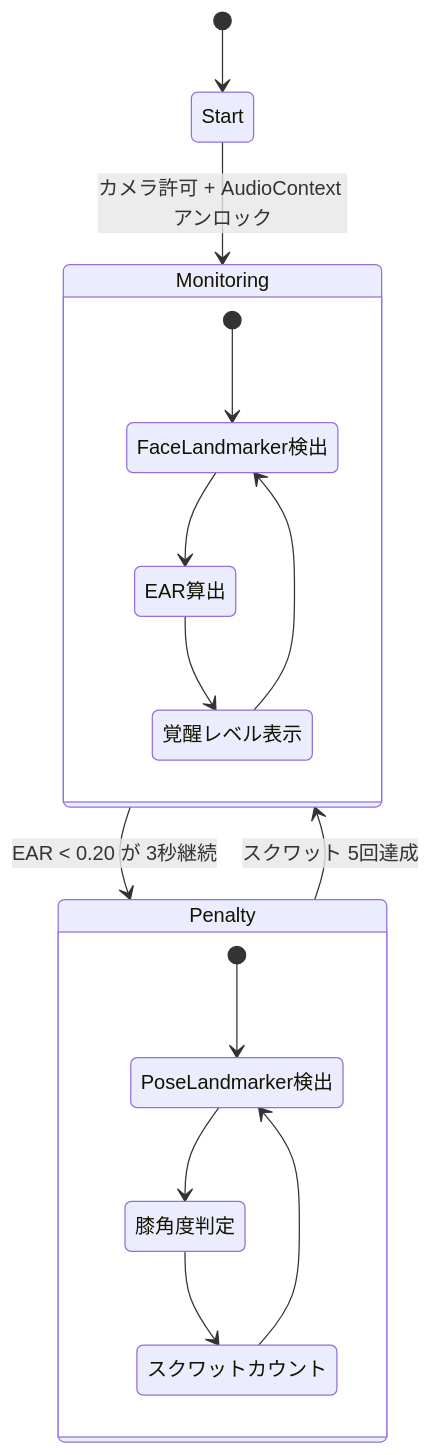
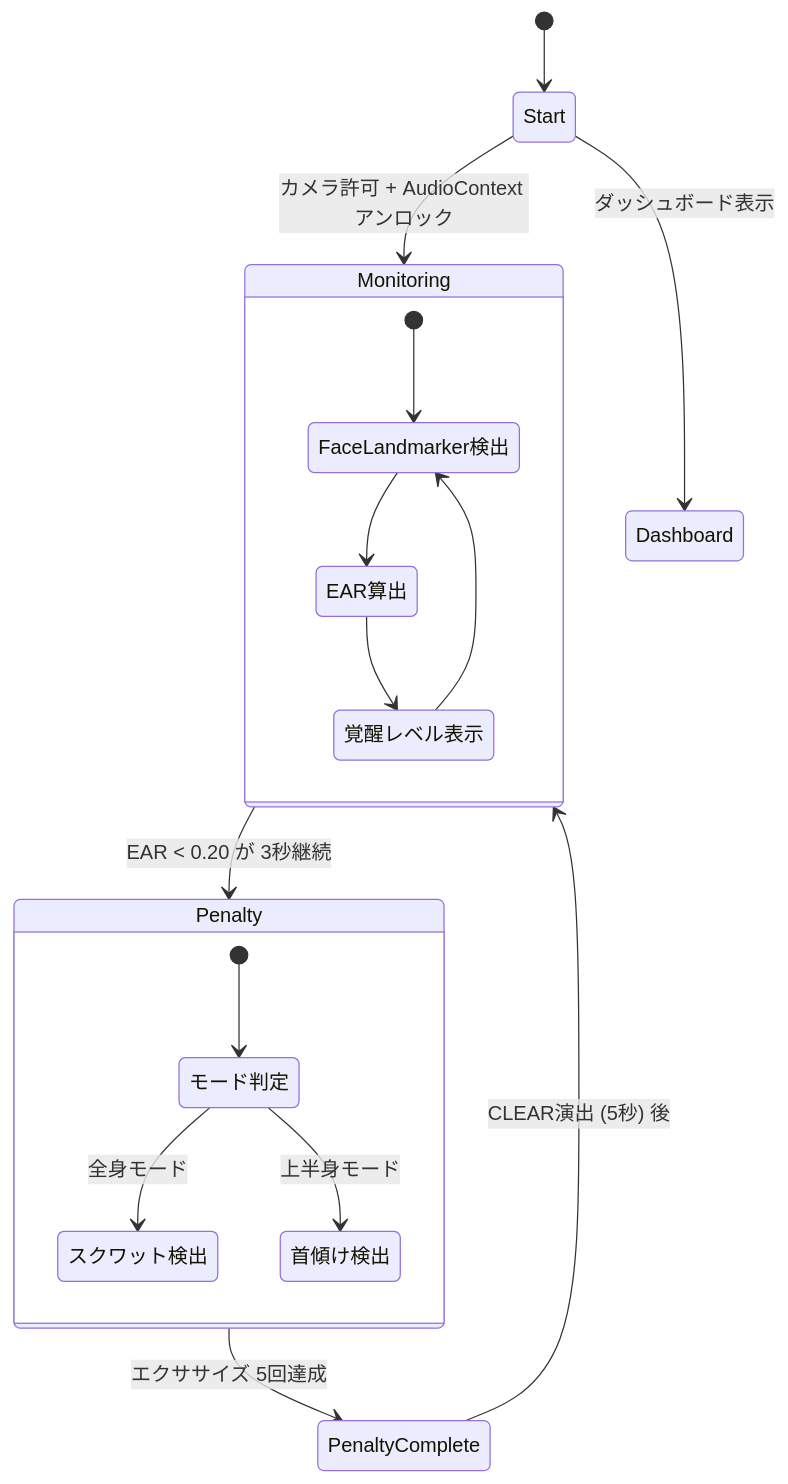
One commit to Raptor-zip/KOSENJIN-Hackathon-2026 changed the first of 5 diagrams in README.md. Above: the diagram before and after it, drawn with Mermaid. The commit also changed other lines of this file and 8 other files, not shown here.

````diff
--- a/README.md
+++ b/README.md
@@ -21,22 +51,23 @@
 ```mermaid
 stateDiagram-v2
     [*] --> Start
     Start --> Monitoring : カメラ許可 + AudioContext アンロック
+    Start --> Dashboard : ダッシュボード表示
 
     Monitoring --> Penalty : EAR < 0.20 が 3秒継続
-    Penalty --> Monitoring : スクワット 5回達成
+    Penalty --> PenaltyComplete : エクササイズ 5回達成
+    PenaltyComplete --> Monitoring : CLEAR演出 (5秒) 後
 
     state Monitoring {
         [*] --> FaceLandmarker検出
         FaceLandmarker検出 --> EAR算出
         EAR算出 --> 覚醒レベル表示
         覚醒レベル表示 --> FaceLandmarker検出
     }
 
     state Penalty {
-        [*] --> PoseLandmarker検出
-        PoseLandmarker検出 --> 膝角度判定
-        膝角度判定 --> スクワットカウント
-        スクワットカウント --> PoseLandmarker検出
+        [*] --> モード判定
+        モード判定 --> スクワット検出 : 全身モード
+        モード判定 --> 首傾け検出 : 上半身モード
     }
 ```
````
